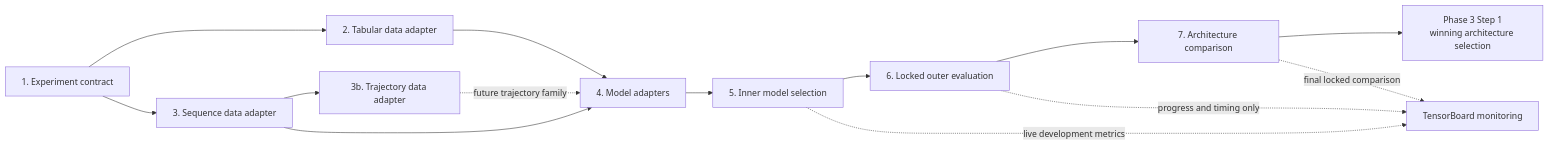
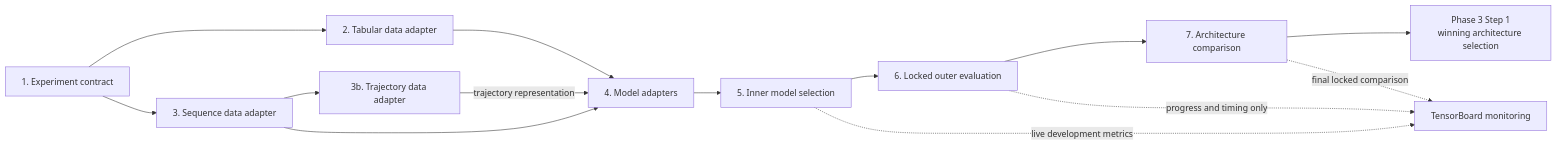
Before and after one commit to JoestHomann/UAV-RUL-Estimation: the fourth of 4 diagrams in literature_and_planning/development_documentation/phase_2_modelArchitectureStudy.md, drawn with Mermaid. The commit also changed other lines of this file and 28 other files, not shown here.

First line of the commit message:
Add trajectory DTW-kNN model adapter and integrate into architecture

````diff
--- a/literature_and_planning/development_documentation/phase_2_modelArchitectureStudy.md
+++ b/literature_and_planning/development_documentation/phase_2_modelArchitectureStudy.md
@@ -498,16 +506,16 @@
 ```mermaid
 flowchart LR
     S1["1. Experiment contract"] --> S2["2. Tabular data adapter"]
     S1 --> S3["3. Sequence data adapter"]
     S3 --> S3B["3b. Trajectory data adapter"]
     S2 --> S4["4. Model adapters"]
     S3 --> S4
-    S3B -.->|future trajectory family| S4
+    S3B -->|trajectory representation| S4
     S4 --> S5["5. Inner model selection"]
     S5 --> S6["6. Locked outer evaluation"]
     S6 --> S7["7. Architecture comparison"]
     S7 --> P3["Phase 3 Step 1<br/>winning architecture selection"]
     S5 -.->|live development metrics| TB["TensorBoard monitoring"]
     S6 -.->|progress and timing only| TB
     S7 -.->|final locked comparison| TB
 ```
````
